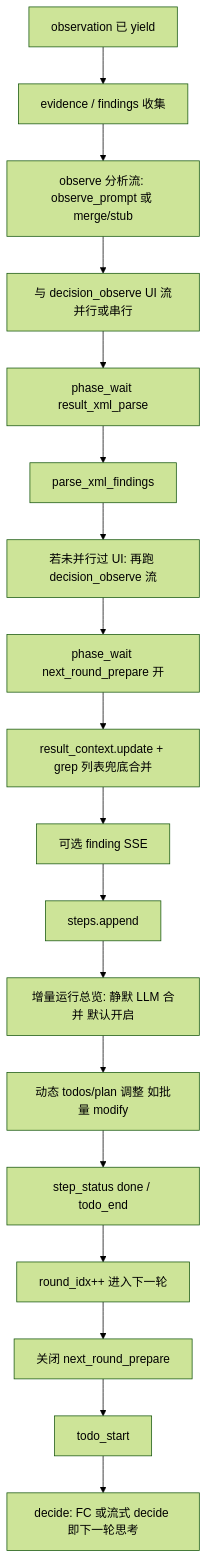
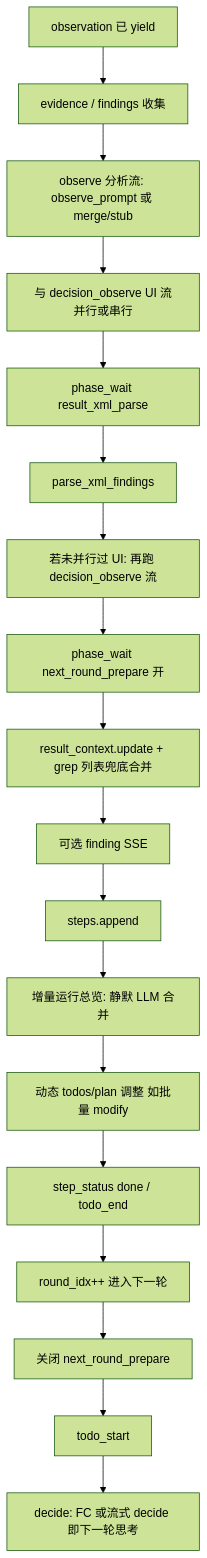
One commit to hu-xiong/BadCaseDoctor changed the diagram in docs/ReAct_观察结束到下一轮思考_间隙说明.md. Above: the diagram before and after it, drawn with Mermaid (forest theme). The commit also changed other lines of this file and 93 other files, not shown here.

````diff
--- a/docs/ReAct_观察结束到下一轮思考_间隙说明.md
+++ b/docs/ReAct_观察结束到下一轮思考_间隙说明.md
@@ -21,20 +34,20 @@
 ```mermaid
 flowchart TD
   A[observation 已 yield] --> B[evidence / findings 收集]
   B --> C[observe 分析流: observe_prompt 或 merge/stub]
   C --> D[与 decision_observe UI 流并行或串行]
   D --> E[phase_wait result_xml_parse]
   E --> F[parse_xml_findings]
   F --> G[若未并行过 UI: 再跑 decision_observe 流]
   G --> H[phase_wait next_round_prepare 开]
   H --> I[result_context.update + grep 列表兜底合并]
   I --> J[可选 finding SSE]
   J --> K[steps.append]
-  K --> L[增量运行总览: 静默 LLM 合并 默认开启]
+  K --> L[增量运行总览: 静默 LLM 合并]
   L --> M[动态 todos/plan 调整 如批量 modify]
   M --> N[step_status done / todo_end]
   N --> O[round_idx++ 进入下一轮]
   O --> P[关闭 next_round_prepare]
   P --> Q[todo_start]
   Q --> R[decide: FC 或流式 decide 即下一轮思考]
 ```
````
